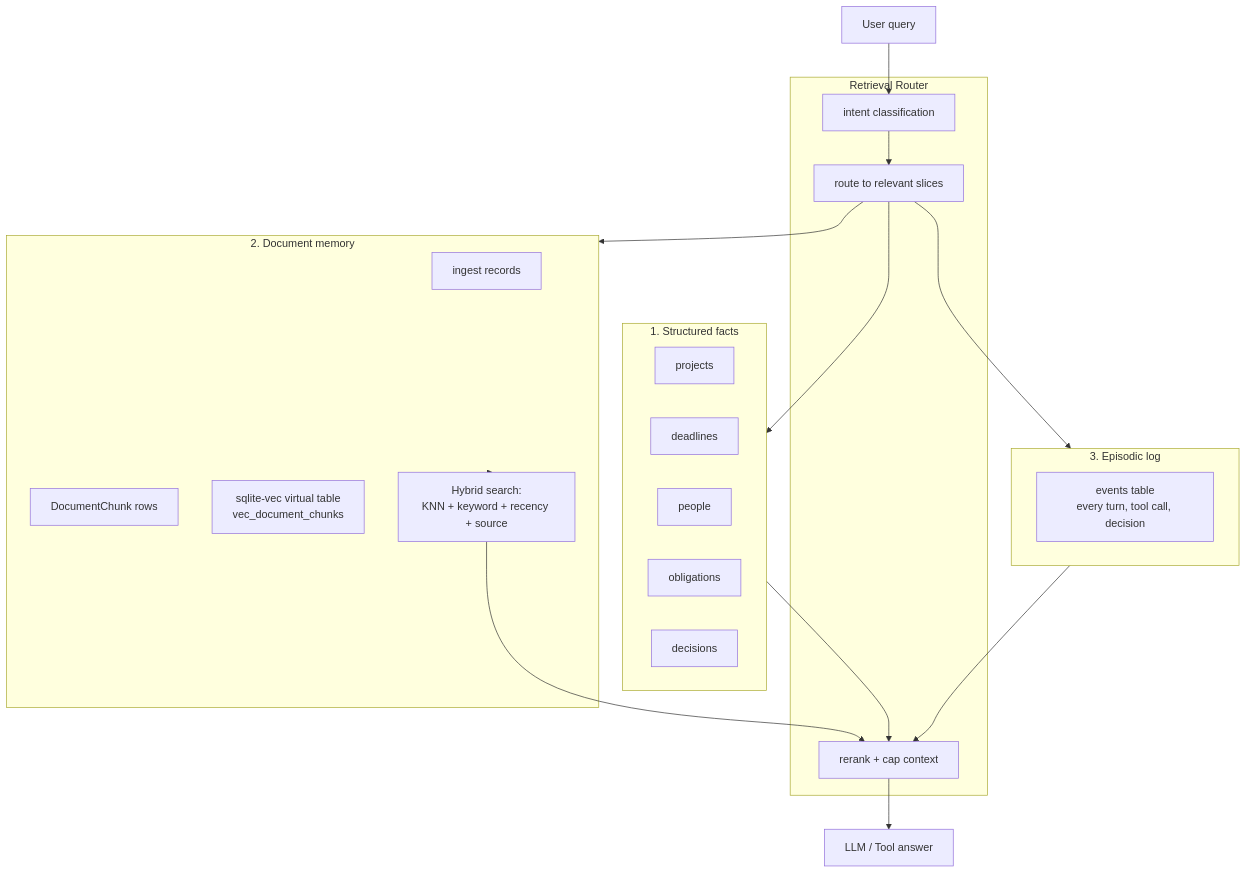
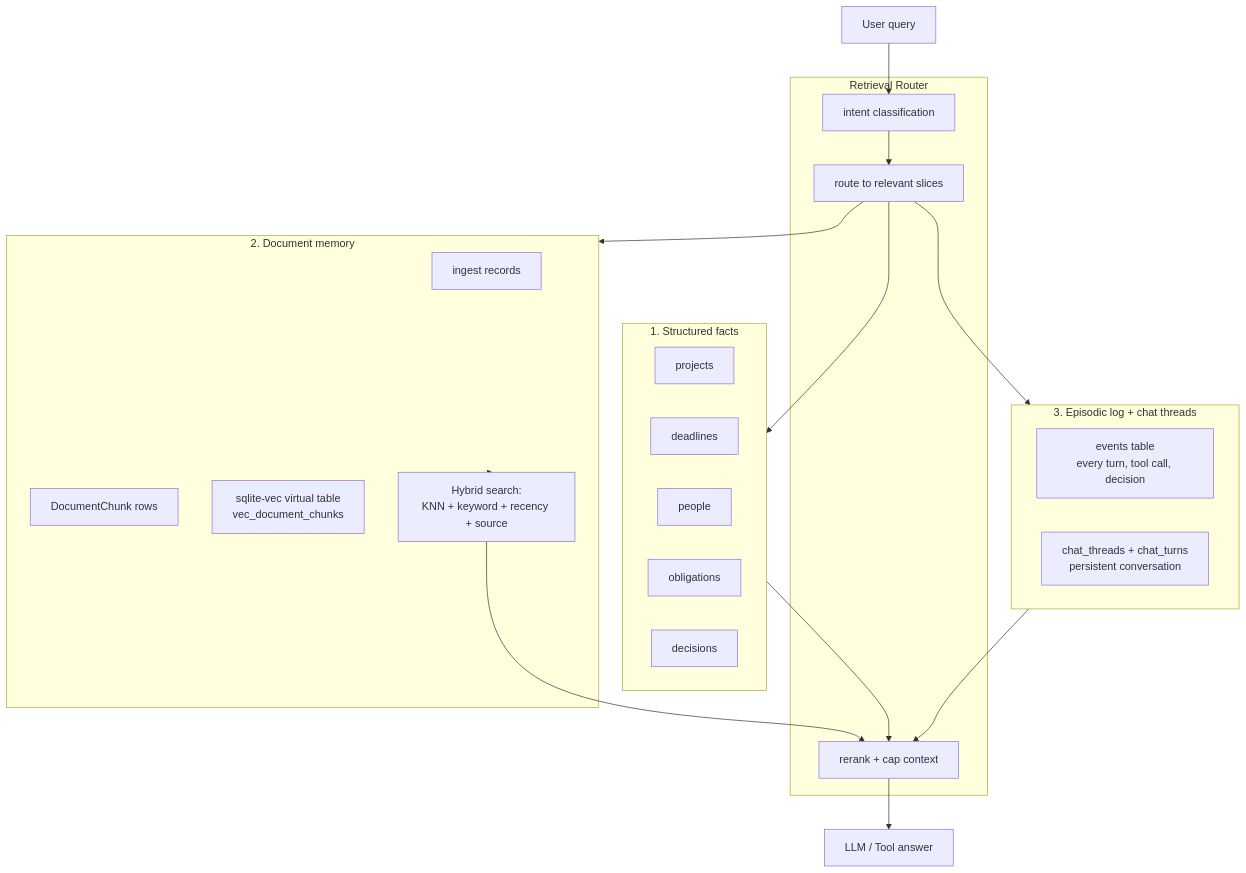
Before and after one commit to satyamdas03/Hi-EV: the fifth of 10 diagrams in docs/superpowers/architecture/hi-ev-end-to-end-architecture.md, drawn with Mermaid. The commit also changed other lines of this file and 5 other files, not shown here.

First line of the commit message:
docs: sync README, roadmap, architecture, and plans with Phases A–D completion

````diff
--- a/docs/superpowers/architecture/hi-ev-end-to-end-architecture.md
+++ b/docs/superpowers/architecture/hi-ev-end-to-end-architecture.md
@@ -256,37 +275,38 @@
 ```mermaid
 flowchart TB
     subgraph Structured["1. Structured facts"]
         Projects["projects"]
         Deadlines["deadlines"]
         People["people"]
         Obligations["obligations"]
         Decisions["decisions"]
     end
 
     subgraph Document["2. Document memory"]
         Ingest["ingest records"]
         Chunks["DocumentChunk rows"]
         Vec["sqlite-vec virtual table\nvec_document_chunks"]
         Hybrid["Hybrid search:\nKNN + keyword + recency + source"]
     end
 
-    subgraph Episodic["3. Episodic log"]
+    subgraph Episodic["3. Episodic log + chat threads"]
         Events["events table\nevery turn, tool call, decision"]
+        Threads["chat_threads + chat_turns\npersistent conversation"]
     end
 
     subgraph Retrieval["Retrieval Router"]
         Intent["intent classification"]
         Route["route to relevant slices"]
         Rerank["rerank + cap context"]
     end
 
     UserQuery["User query"] --> Intent
     Intent --> Route
     Route --> Structured
     Route --> Document
     Route --> Episodic
     Structured --> Rerank
     Document --> Hybrid --> Rerank
     Episodic --> Rerank
     Rerank --> LLM["LLM / Tool answer"]
 ```
````
